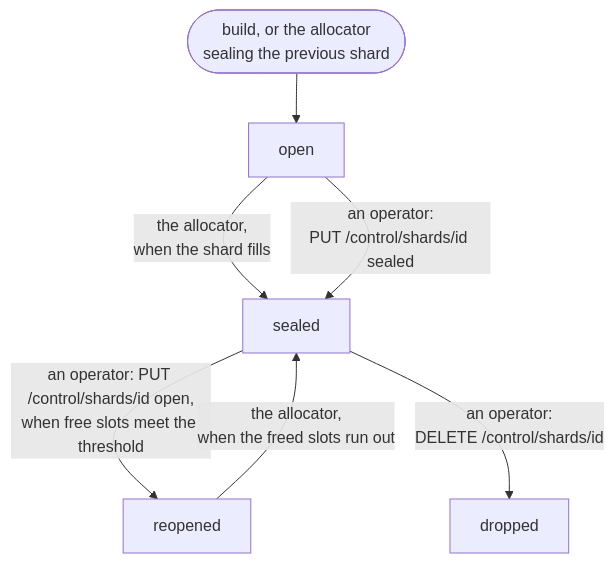
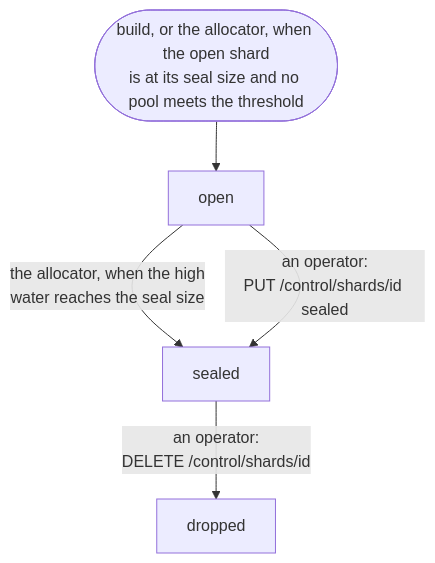
One commit to jennis0/tesseradb changed the second of 5 diagrams in docs/design/sharding.md. Above: the diagram before and after it, drawn with Mermaid. The commit also changed other lines of this file and 3 other files, not shown here.

First line of the commit message:
docs: sharding, the generation counts a slot's occupancies and a freed slot is reused before a shard opens

````diff
--- a/docs/design/sharding.md
+++ b/docs/design/sharding.md
@@ -92,9 +93,7 @@
 ```mermaid
 flowchart TD
-  S(["build, or the allocator<br/>sealing the previous shard"]) --> O[open]
-  O -->|"the allocator,<br/>when the shard fills"| SE[sealed]
+  S(["build, or the allocator, when the open shard<br/>is at its seal size and no pool meets the threshold"]) --> O[open]
+  O -->|"the allocator, when the high<br/>water reaches the seal size"| SE[sealed]
   O -->|"an operator:<br/>PUT /control/shards/id sealed"| SE
-  SE -->|"an operator: PUT /control/shards/id open,<br/>when free slots meet the threshold"| RE[reopened]
-  RE -->|"the allocator,<br/>when the freed slots run out"| SE
   SE -->|"an operator:<br/>DELETE /control/shards/id"| DR[dropped]
 ```
````
